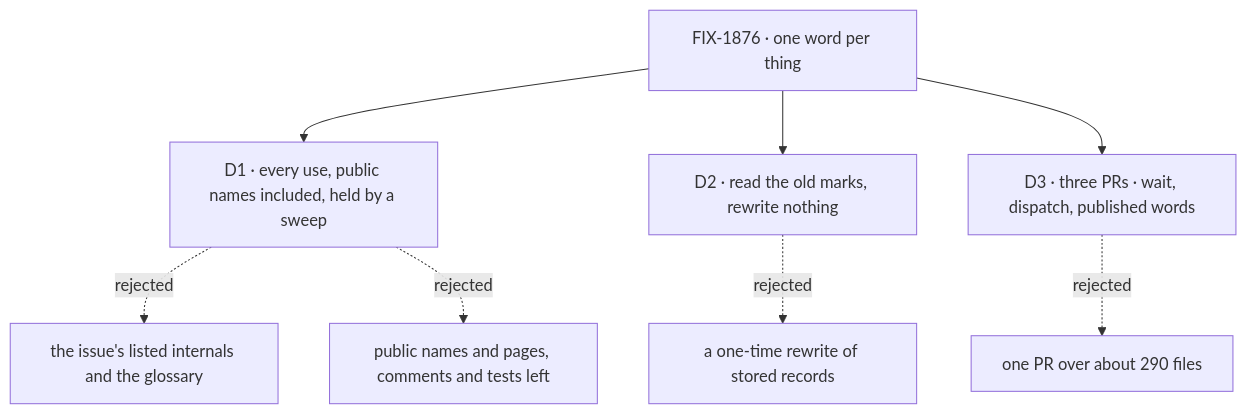
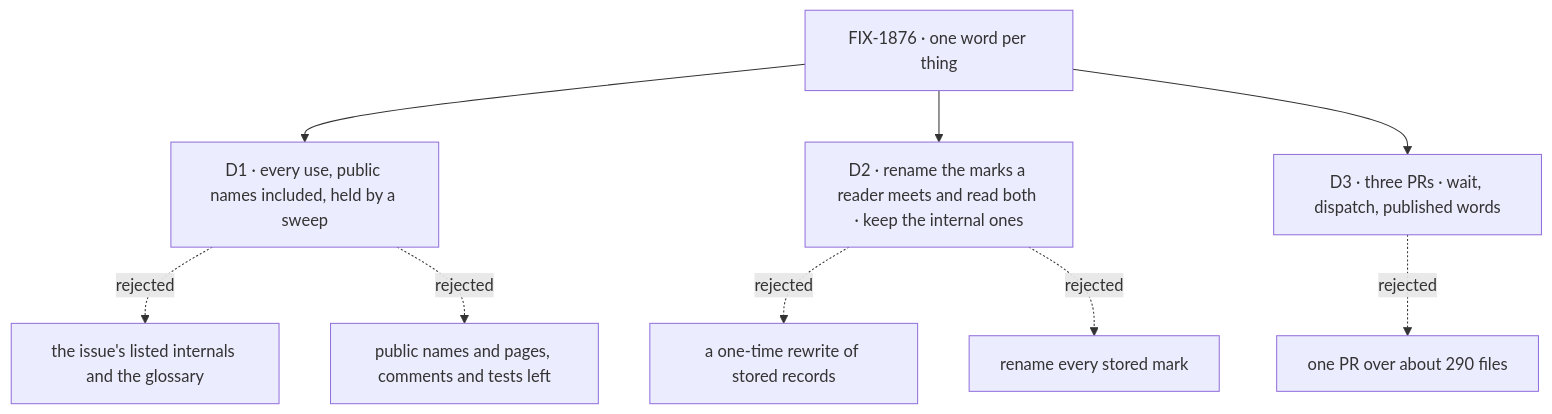
Before and after one commit to fixpoint-labs/flow-state-dev: the diagram in specs/issues/FIX-1876/DECISIONS.md, drawn with Mermaid. The commit also changed other lines of this file and 9 other files, not shown here.

First line of the commit message:
spec(FIX-1876): review round 1 — keep internal wire marks, sweep in CI, name the wait collisions

````diff
--- a/specs/issues/FIX-1876/DECISIONS.md
+++ b/specs/issues/FIX-1876/DECISIONS.md
@@ -13,10 +13,11 @@
 ```mermaid
 flowchart TD
   E["FIX-1876 · one word per thing"] --> D1["D1 · every use, public names included, held by a sweep"]
   D1 -.->|"rejected"| X1["the issue's listed internals and the glossary"]
   D1 -.->|"rejected"| X1b["public names and pages, comments and tests left"]
-  E --> D2["D2 · read the old marks, rewrite nothing"]
+  E --> D2["D2 · rename the marks a reader meets and read both · keep the internal ones"]
   D2 -.->|"rejected"| X2["a one-time rewrite of stored records"]
+  D2 -.->|"rejected"| X2b["rename every stored mark"]
   E --> D3["D3 · three PRs · wait, dispatch, published words"]
   D3 -.->|"rejected"| X3["one PR over about 290 files"]
 ```
````
